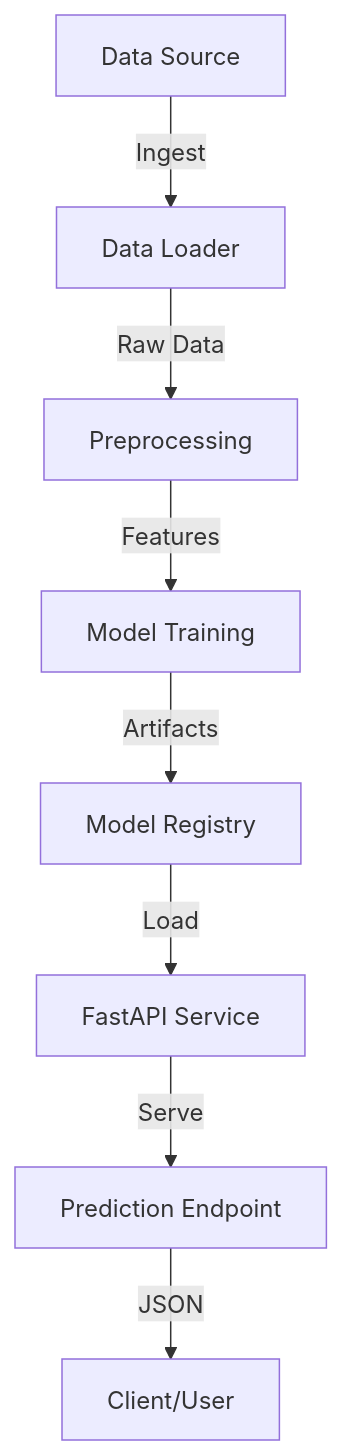
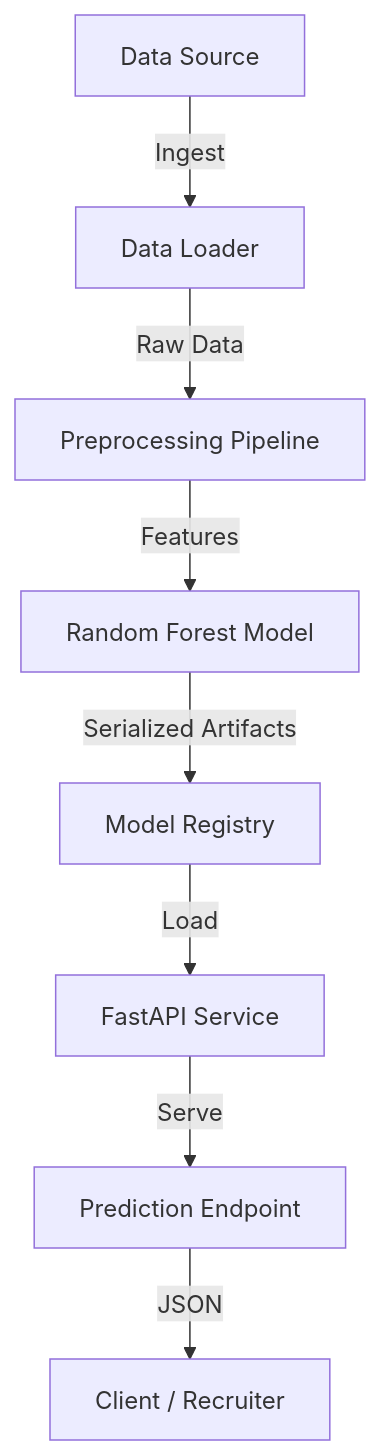
The diagram in ml-pipeline-project/README.md (SrikarK21/telco-churn-ml), drawn with Mermaid before and after one commit. The commit also changed other lines of this file, not shown here.

````diff
--- a/ml-pipeline-project/README.md
+++ b/ml-pipeline-project/README.md
@@ -7,10 +39,10 @@
 ```mermaid
 graph TD
     A[Data Source] -->|Ingest| B[Data Loader]
-    B -->|Raw Data| C[Preprocessing]
-    C -->|Features| D[Model Training]
-    D -->|Artifacts| E[Model Registry]
+    B -->|Raw Data| C[Preprocessing Pipeline]
+    C -->|Features| D[Random Forest Model]
+    D -->|Serialized Artifacts| E[Model Registry]
     E -->|Load| F[FastAPI Service]
     F -->|Serve| G[Prediction Endpoint]
-    G -->|JSON| H[Client/User]
+    G -->|JSON| H[Client / Recruiter]
 ```
````
